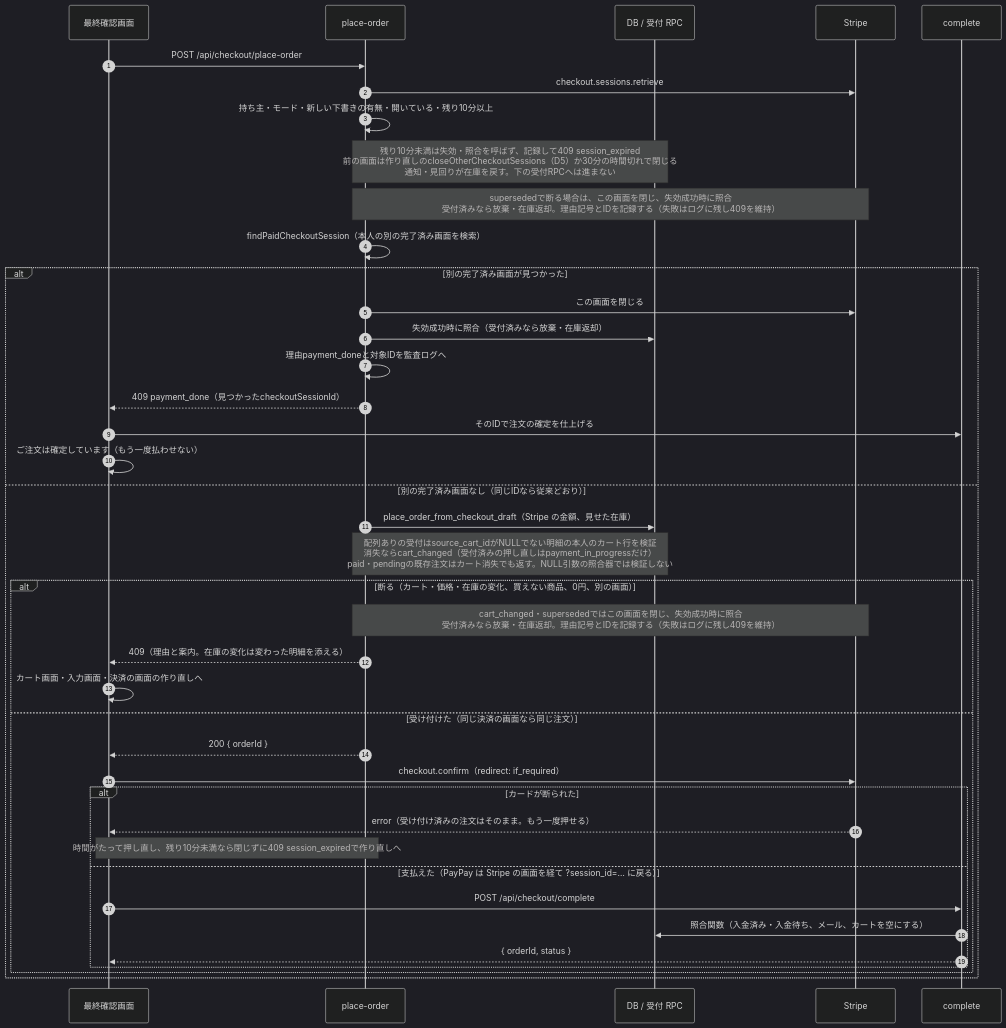
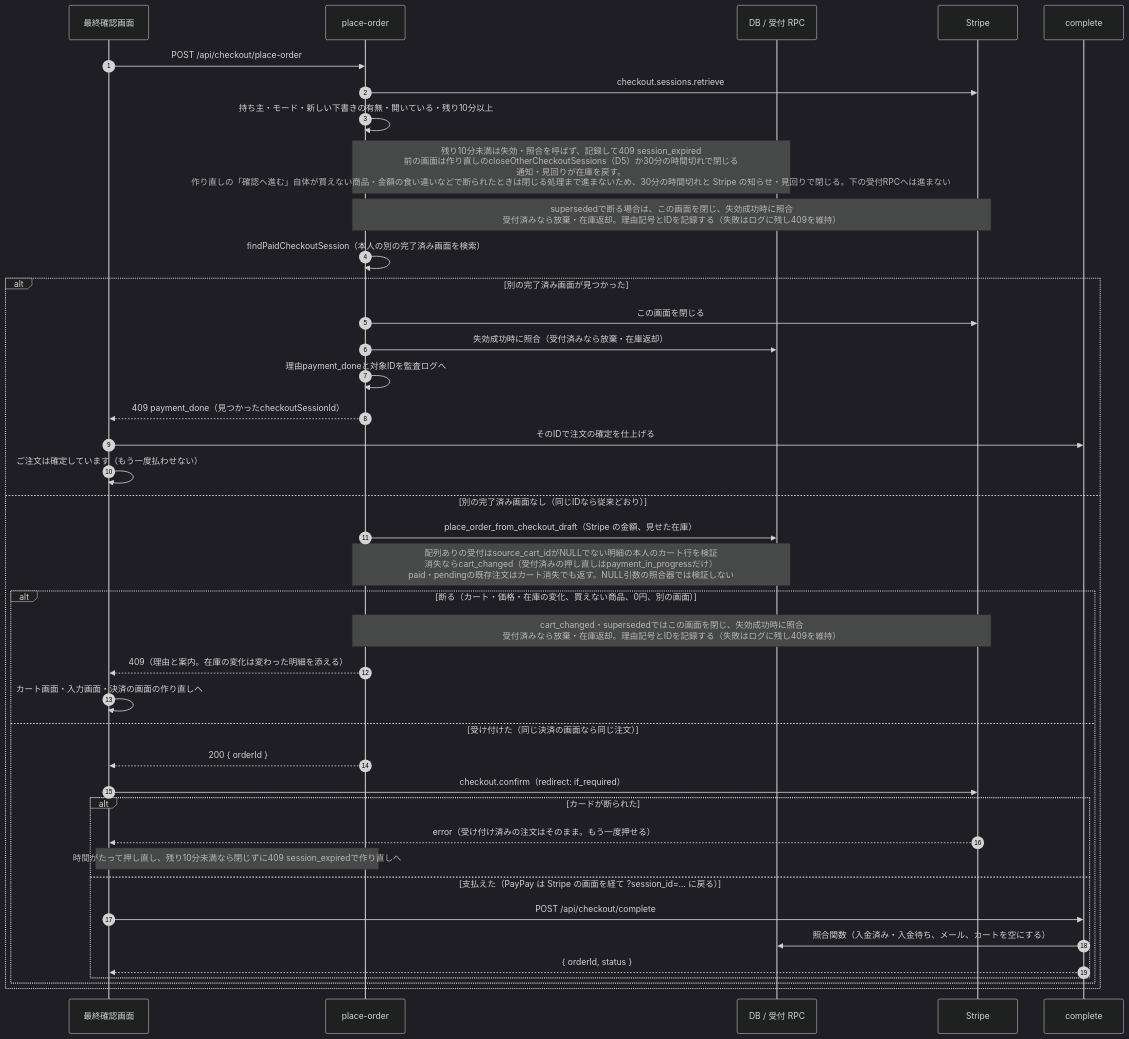
Before and after one commit to ChocoWork/o_official: the second of 5 diagrams in docs/04_DetailDesign/sequence/checkout-payment.md, drawn with Mermaid (dark theme). The commit also changed other lines of this file and 2 other files, not shown here.

Commit message:
docs(checkout): 作り直しが断られたときは30分の時間切れで閉じる旨を足す

````diff
--- a/docs/04_DetailDesign/sequence/checkout-payment.md
+++ b/docs/04_DetailDesign/sequence/checkout-payment.md
@@ -82,42 +82,42 @@
 ```mermaid
 sequenceDiagram
     autonumber
     participant UI as 最終確認画面
     participant PO as place-order
     participant DB as DB / 受付 RPC
     participant Stripe as Stripe
     participant C as complete
     UI->>PO: POST /api/checkout/place-order
     PO->>Stripe: checkout.sessions.retrieve
     PO->>PO: 持ち主・モード・新しい下書きの有無・開いている・残り10分以上
-    Note over PO,DB: 残り10分未満は失効・照合を呼ばず、記録して409 session_expired<br/>前の画面は作り直しのcloseOtherCheckoutSessions（D5）か30分の時間切れで閉じる<br/>通知・見回りが在庫を戻す。下の受付RPCへは進まない
+    Note over PO,DB: 残り10分未満は失効・照合を呼ばず、記録して409 session_expired<br/>前の画面は作り直しのcloseOtherCheckoutSessions（D5）か30分の時間切れで閉じる<br/>通知・見回りが在庫を戻す。<br/>作り直しの「確認へ進む」自体が買えない商品・金額の食い違いなどで断られたときは閉じる処理まで進まないため、30分の時間切れと Stripe の知らせ・見回りで閉じる。下の受付RPCへは進まない
     Note over PO,Stripe: supersededで断る場合は、この画面を閉じ、失効成功時に照合<br/>受付済みなら放棄・在庫返却。理由記号とIDを記録する（失敗はログに残し409を維持）
     PO->>PO: findPaidCheckoutSession（本人の別の完了済み画面を検索）
     alt 別の完了済み画面が見つかった
         PO->>Stripe: この画面を閉じる
         PO->>DB: 失効成功時に照合（受付済みなら放棄・在庫返却）
         PO->>PO: 理由payment_doneと対象IDを監査ログへ
         PO-->>UI: 409 payment_done（見つかったcheckoutSessionId）
         UI->>C: そのIDで注文の確定を仕上げる
         UI->>UI: ご注文は確定しています（もう一度払わせない）
     else 別の完了済み画面なし（同じIDなら従来どおり）
     PO->>DB: place_order_from_checkout_draft（Stripe の金額、見せた在庫）
     Note over PO,DB: 配列ありの受付はsource_cart_idがNULLでない明細の本人のカート行を検証<br/>消失ならcart_changed（受付済みの押し直しはpayment_in_progressだけ）<br/>paid・pendingの既存注文はカート消失でも返す。NULL引数の照合器では検証しない
     alt 断る（カート・価格・在庫の変化、買えない商品、0円、別の画面）
         Note over PO,Stripe: cart_changed・supersededではこの画面を閉じ、失効成功時に照合<br/>受付済みなら放棄・在庫返却。理由記号とIDを記録する（失敗はログに残し409を維持）
         PO-->>UI: 409（理由と案内。在庫の変化は変わった明細を添える）
         UI->>UI: カート画面・入力画面・決済の画面の作り直しへ
     else 受け付けた（同じ決済の画面なら同じ注文）
         PO-->>UI: 200 { orderId }
         UI->>Stripe: checkout.confirm（redirect: if_required）
         alt カードが断られた
             Stripe-->>UI: error（受け付け済みの注文はそのまま。もう一度押せる）
             Note over UI,PO: 時間がたって押し直し、残り10分未満なら閉じずに409 session_expiredで作り直しへ
         else 支払えた（PayPay は Stripe の画面を経て ?session_id=… に戻る）
             UI->>C: POST /api/checkout/complete
             C->>DB: 照合関数（入金済み・入金待ち、メール、カートを空にする）
             C-->>UI: { orderId, status }
         end
     end
     end
 ```
````
